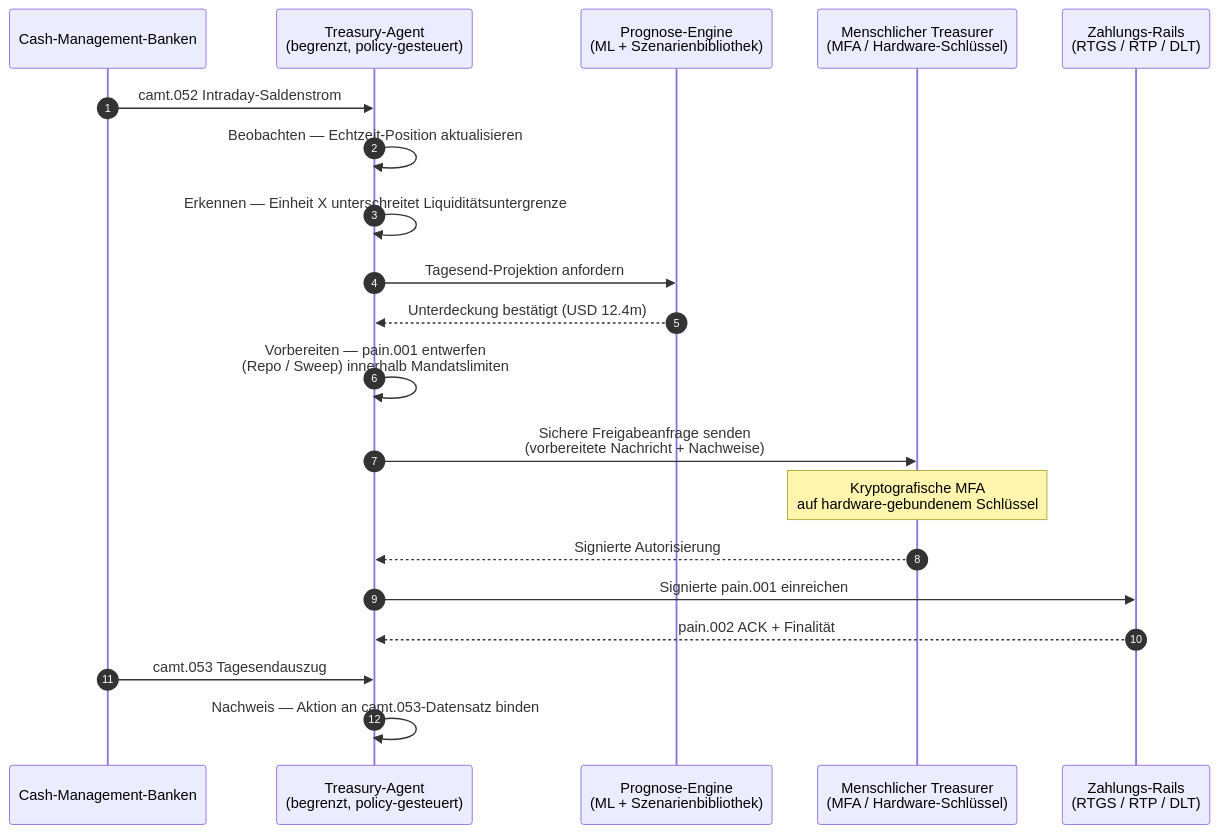
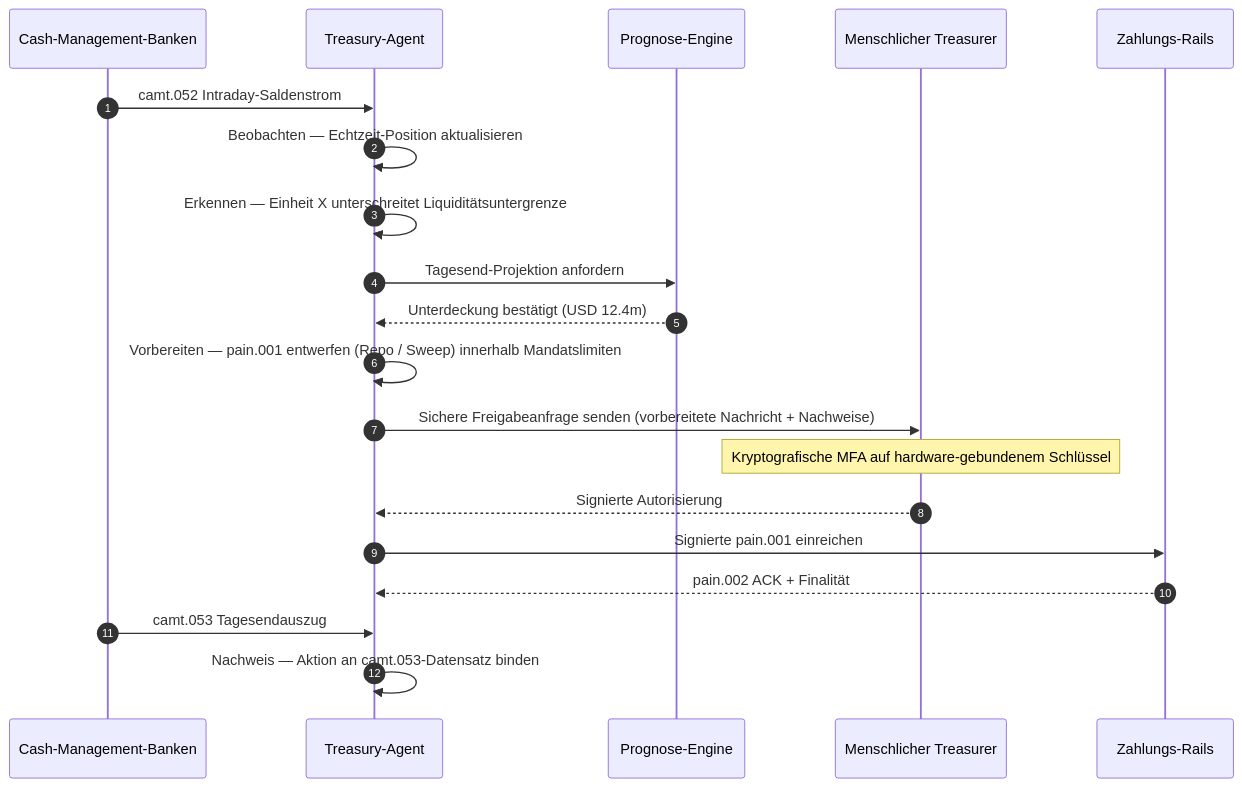
One commit to sebastienrousseau/sebastienrousseau.github.io changed the diagram in _posts/de/2026-06-07-autonomous-treasury-index-programmable-liquidity-tokenised-deposits-2026.md. Above: the diagram before and after it, drawn with Mermaid. The commit also changed 2231 other files, not shown here.

First line of the commit message:
fix(mermaid): unblock Mermaid v10 rendering end-to-end (#198)

````diff
--- a/_posts/de/2026-06-07-autonomous-treasury-index-programmable-liquidity-tokenised-deposits-2026.md
+++ b/_posts/de/2026-06-07-autonomous-treasury-index-programmable-liquidity-tokenised-deposits-2026.md
@@ -152,23 +152,22 @@
 ```mermaid
 sequenceDiagram
     autonumber
     participant Banks as Cash-Management-Banken
-    participant Agent as Treasury-Agent<br/>(begrenzt, policy-gesteuert)
-    participant Forecast as Prognose-Engine<br/>(ML + Szenarienbibliothek)
-    participant Treasurer as Menschlicher Treasurer<br/>(MFA / Hardware-Schlüssel)
-    participant Rails as Zahlungs-Rails<br/>(RTGS / RTP / DLT)
-
+    participant Agent as Treasury-Agent
+    participant Forecast as Prognose-Engine
+    participant Treasurer as Menschlicher Treasurer
+    participant Rails as Zahlungs-Rails
     Banks->>Agent: camt.052 Intraday-Saldenstrom
     Agent->>Agent: Beobachten — Echtzeit-Position aktualisieren
     Agent->>Agent: Erkennen — Einheit X unterschreitet Liquiditätsuntergrenze
     Agent->>Forecast: Tagesend-Projektion anfordern
     Forecast-->>Agent: Unterdeckung bestätigt (USD 12.4m)
-    Agent->>Agent: Vorbereiten — pain.001 entwerfen<br/>(Repo / Sweep) innerhalb Mandatslimiten
-    Agent->>Treasurer: Sichere Freigabeanfrage senden<br/>(vorbereitete Nachricht + Nachweise)
-    Note over Treasurer: Kryptografische MFA<br/>auf hardware-gebundenem Schlüssel
+    Agent->>Agent: Vorbereiten — pain.001 entwerfen (Repo / Sweep) innerhalb Mandatslimiten
+    Agent->>Treasurer: Sichere Freigabeanfrage senden (vorbereitete Nachricht + Nachweise)
+    Note over Treasurer: Kryptografische MFA auf hardware-gebundenem Schlüssel
     Treasurer-->>Agent: Signierte Autorisierung
     Agent->>Rails: Signierte pain.001 einreichen
     Rails-->>Agent: pain.002 ACK + Finalität
     Banks->>Agent: camt.053 Tagesendauszug
     Agent->>Agent: Nachweis — Aktion an camt.053-Datensatz binden
 ```
````
